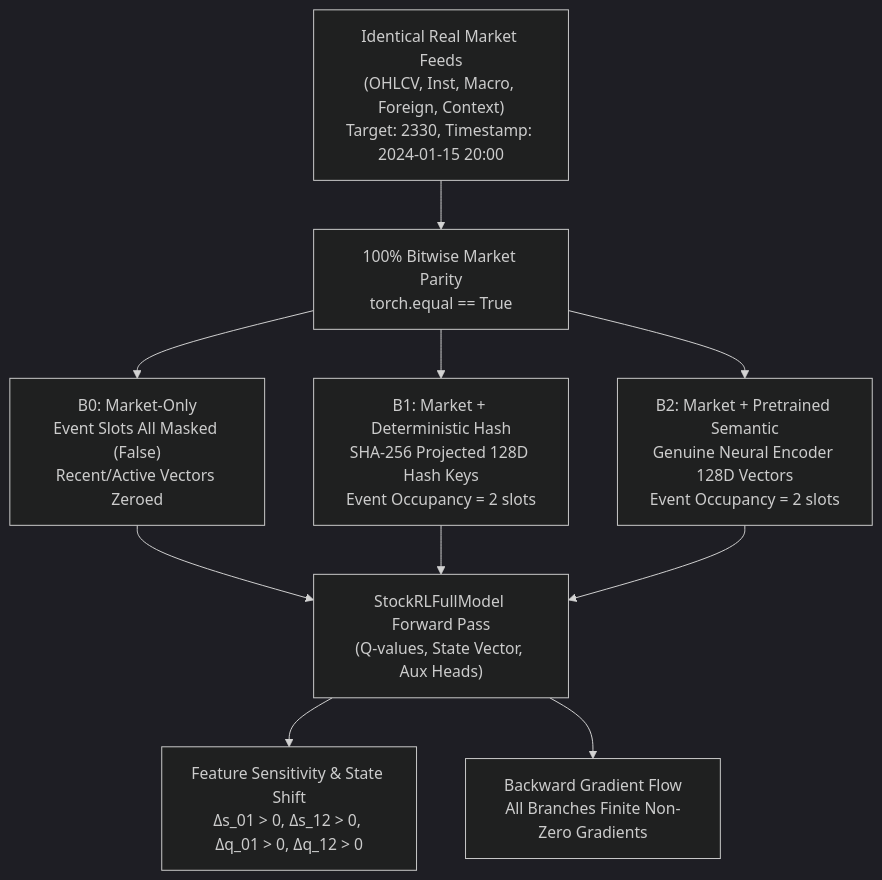
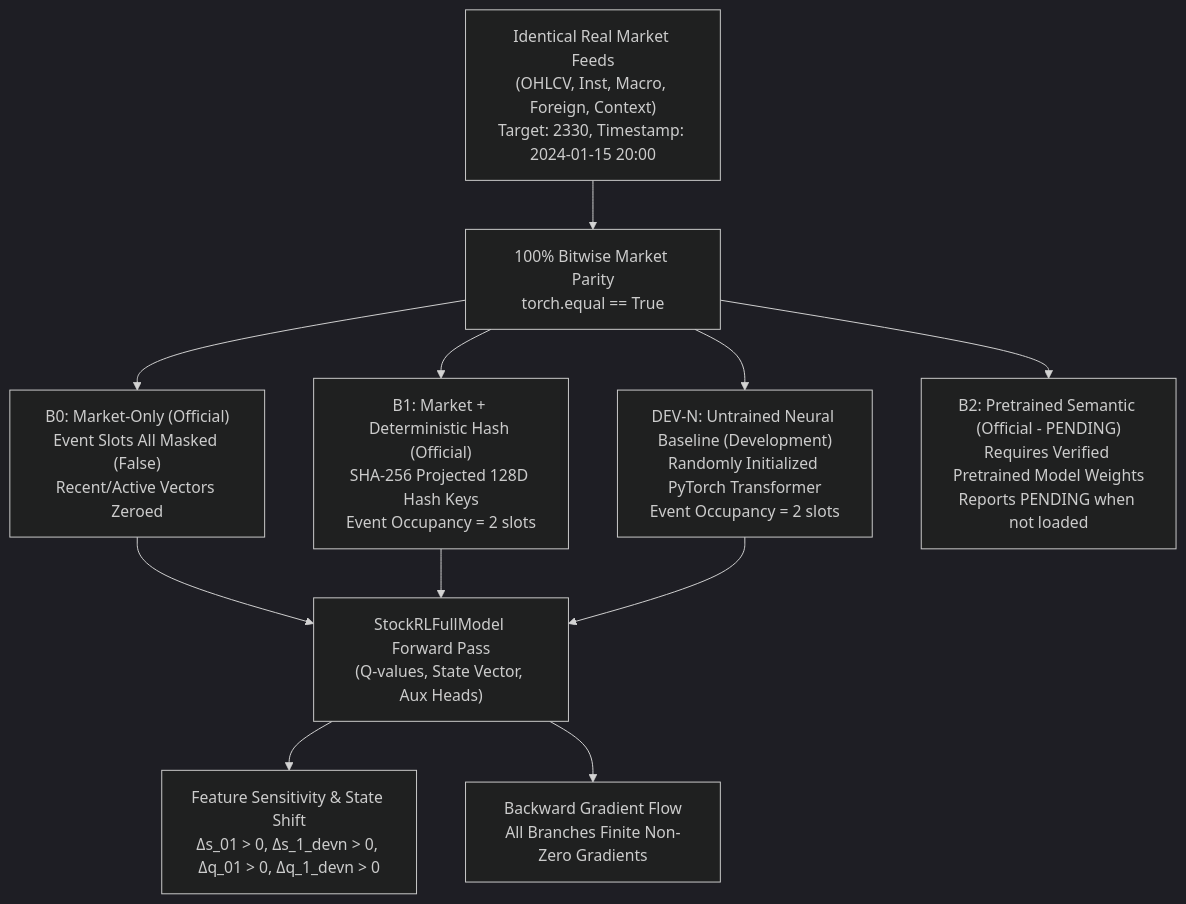
Before and after one commit to Augustine-723/News-Aware-Attention-Based-Deep-Reinforcement-Learning-for-Stock-Trading: the second of 2 diagrams in docs/reports/v8_7_semantic_embedding_feasibility.md, drawn with Mermaid (dark theme). The commit also changed other lines of this file and 3 other files, not shown here.

Commit message:
fix(v8.7): code review 1 semantic model authenticity and pit evidence boundaries

````diff
--- a/docs/reports/v8_7_semantic_embedding_feasibility.md
+++ b/docs/reports/v8_7_semantic_embedding_feasibility.md
@@ -147,15 +143,16 @@
 ```mermaid
 flowchart TD
     MarketData["Identical Real Market Feeds<br/>(OHLCV, Inst, Macro, Foreign, Context)<br/>Target: 2330, Timestamp: 2024-01-15 20:00"] --> SplitCheck["100% Bitwise Market Parity<br/>torch.equal == True"]
     
-    SplitCheck --> B0["B0: Market-Only<br/>Event Slots All Masked (False)<br/>Recent/Active Vectors Zeroed"]
-    SplitCheck --> B1["B1: Market + Deterministic Hash<br/>SHA-256 Projected 128D Hash Keys<br/>Event Occupancy = 2 slots"]
-    SplitCheck --> B2["B2: Market + Pretrained Semantic<br/>Genuine Neural Encoder 128D Vectors<br/>Event Occupancy = 2 slots"]
+    SplitCheck --> B0["B0: Market-Only (Official)<br/>Event Slots All Masked (False)<br/>Recent/Active Vectors Zeroed"]
+    SplitCheck --> B1["B1: Market + Deterministic Hash (Official)<br/>SHA-256 Projected 128D Hash Keys<br/>Event Occupancy = 2 slots"]
+    SplitCheck --> DEVN["DEV-N: Untrained Neural Baseline (Development)<br/>Randomly Initialized PyTorch Transformer<br/>Event Occupancy = 2 slots"]
+    SplitCheck --> B2["B2: Pretrained Semantic (Official - PENDING)<br/>Requires Verified Pretrained Model Weights<br/>Reports PENDING when not loaded"]
 
     B0 --> ModelEval["StockRLFullModel Forward Pass<br/>(Q-values, State Vector, Aux Heads)"]
     B1 --> ModelEval
-    B2 --> ModelEval
+    DEVN --> ModelEval
 
-    ModelEval --> SensEval["Feature Sensitivity & State Shift<br/>Δs_01 > 0, Δs_12 > 0, Δq_01 > 0, Δq_12 > 0"]
+    ModelEval --> SensEval["Feature Sensitivity & State Shift<br/>Δs_01 > 0, Δs_1_devn > 0, Δq_01 > 0, Δq_1_devn > 0"]
     ModelEval --> GradEval["Backward Gradient Flow<br/>All Branches Finite Non-Zero Gradients"]
 ```
````
